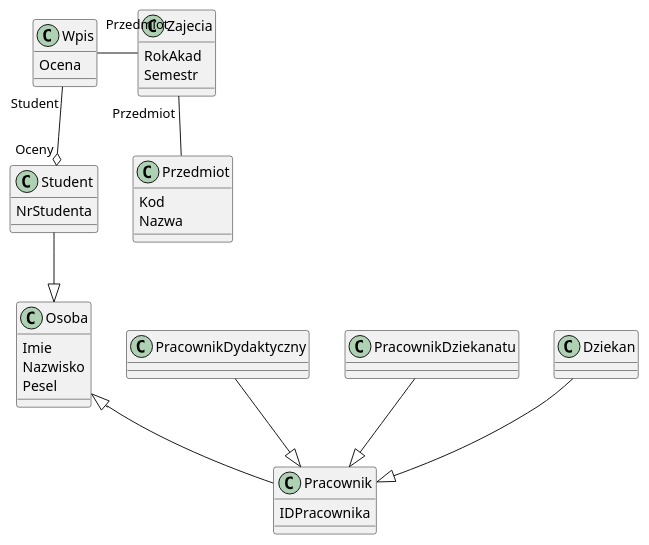
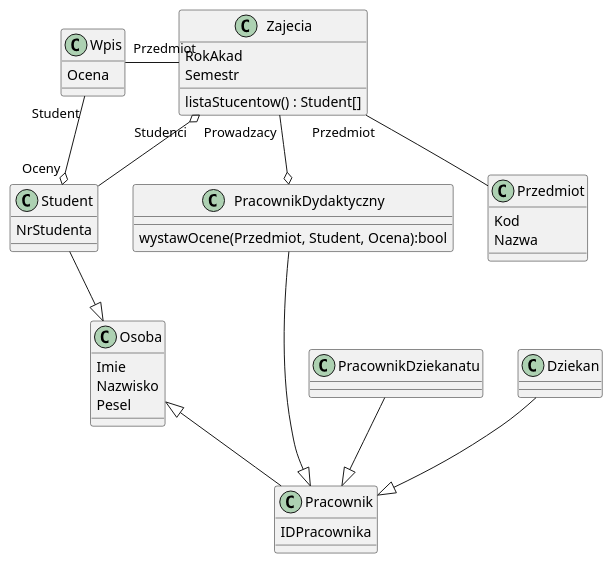
Before and after one commit to kpodlaski/Modelowanie_UML_2023: the diagram in Dzienne/usos_class-diagram.plantuml, drawn with PlantUML. The commit also changed 1 other file, not shown here.

Commit message:
diagram klas v2

```diff
--- a/Dzienne/usos_class-diagram.plantuml
+++ b/Dzienne/usos_class-diagram.plantuml
@@ -1,43 +1,49 @@
 @startuml
 
 class Osoba{
     Imie 
     Nazwisko
     Pesel
 }
 class Student{
     NrStudenta
 }
 class Pracownik{
     IDPracownika
 }
-class PracownikDydaktyczny
+class PracownikDydaktyczny{
+    wystawOcene(Przedmiot, Student, Ocena):bool
+}
 class PracownikDziekanatu 
 class Dziekan 
 
 class Przedmiot{
     Kod
     Nazwa
 }
 class Zajecia{
     RokAkad
     Semestr
     'Zastąpione linią
     'Przedmiot : Przedmiot
+    listaStucentow() : Student[]
 }
 
 class Wpis{
     Ocena
 }
 
 Student --|> Osoba 
 Osoba <|-- Pracownik
 PracownikDziekanatu --|> Pracownik
 PracownikDydaktyczny --|> Pracownik
 Dziekan --|> Pracownik
 
 Wpis "Student" --o "Oceny" Student
 Zajecia "Przedmiot" -- Przedmiot
 Zajecia --left-- "Przedmiot" Wpis
+Zajecia "Prowadzacy" --o PracownikDydaktyczny
+Zajecia "Studenci" o-- Student
+
 
 @enduml
```
